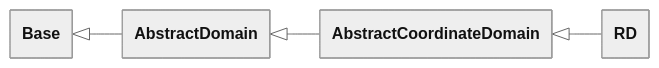
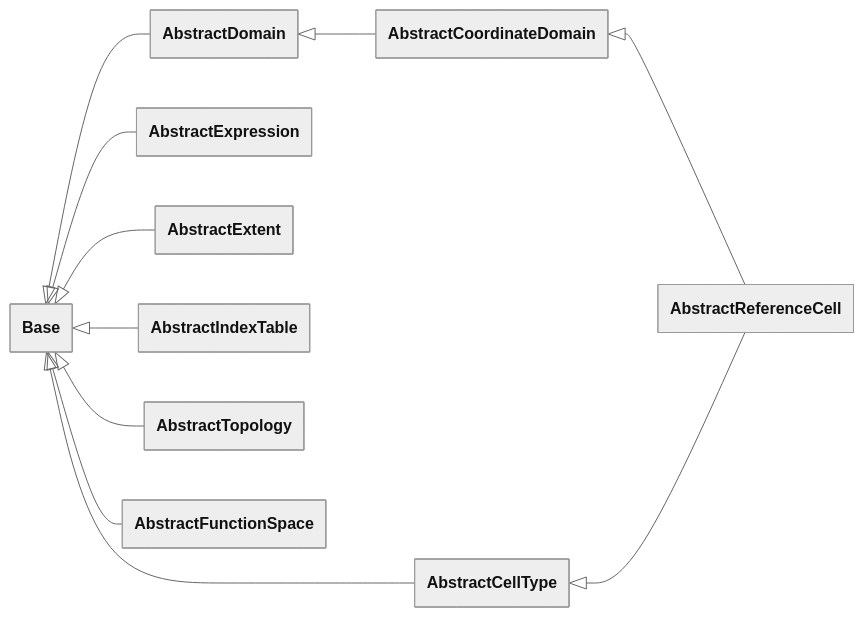
The diagram in design/language.md (FEniCS/uflx), drawn with Mermaid before and after one commit. The commit also changed other lines of this file and 2 other files, not shown here.

Commit message:
centralized generic errors, split function tables, compacted the hierarchy, and removed editorial notices

````diff
--- a/design/language.md
+++ b/design/language.md
@@ -4235,17 +4158,22 @@
 ```mermaid
 ---
 config:
   theme: neutral
   look: classic
   class:
-    theme: neutral
-    look: classic
     hideEmptyMembersBox: true
 ---
 classDiagram
     direction LR
-    accTitle: Domains class hierarchy
+    accTitle: Abstract class hierarchy
     Base <|-- AbstractDomain
     AbstractDomain <|-- AbstractCoordinateDomain
-    AbstractCoordinateDomain <|-- RD
+    Base <|-- AbstractExpression
+    Base <|-- AbstractExtent
+    Base <|-- AbstractIndexTable
+    Base <|-- AbstractCellType
+    Base <|-- AbstractTopology
+    AbstractCoordinateDomain <|-- AbstractReferenceCell
+    AbstractCellType <|-- AbstractReferenceCell
+    Base <|-- AbstractFunctionSpace
 ```
````
